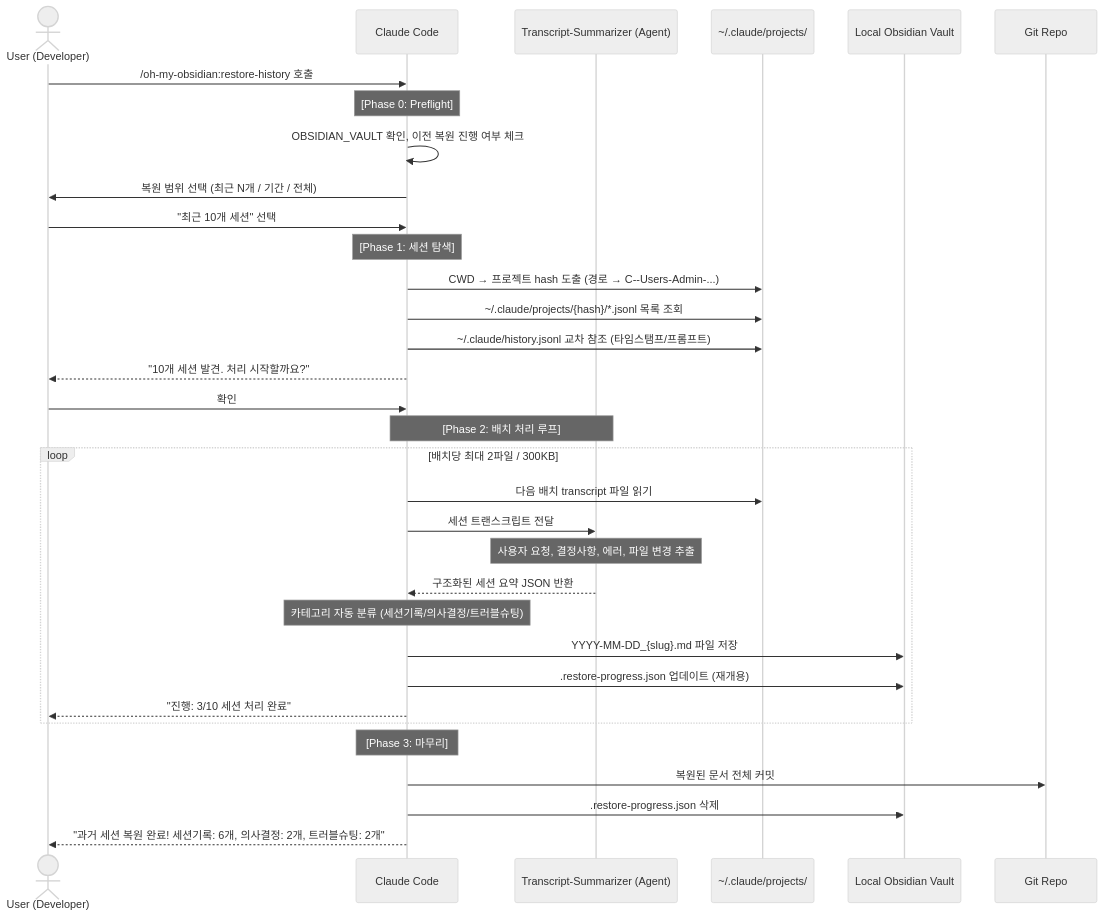
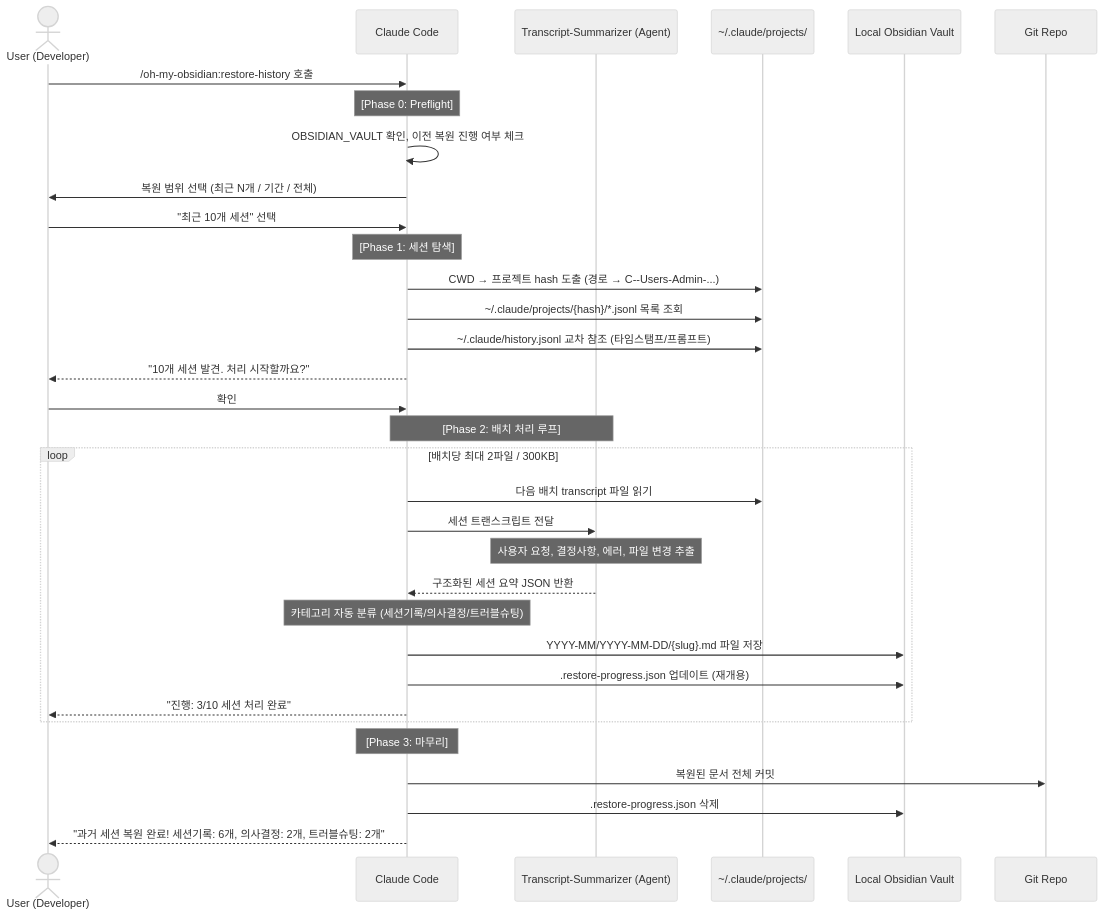
One commit to hongdangmoo49/oh-my-obsidian changed the third of 4 diagrams in WORKFLOW.md. Above: the diagram before and after it, drawn with Mermaid (neutral theme). The commit also changed other lines of this file and 12 other files, not shown here.

````diff
--- a/WORKFLOW.md
+++ b/WORKFLOW.md
@@ -81,40 +81,40 @@
 ```mermaid
 sequenceDiagram
     actor Developer as User (Developer)
     participant Claude as Claude Code
     participant Summarizer as Transcript-Summarizer (Agent)
     participant ClaudeData as ~/.claude/projects/
     participant LocalFS as Local Obsidian Vault
     participant Git as Git Repo
 
     Developer->>Claude: /oh-my-obsidian:restore-history 호출
     note over Claude: [Phase 0: Preflight]
     Claude->>Claude: OBSIDIAN_VAULT 확인, 이전 복원 진행 여부 체크
     Claude->>Developer: 복원 범위 선택 (최근 N개 / 기간 / 전체)
     Developer->>Claude: "최근 10개 세션" 선택
 
     note over Claude: [Phase 1: 세션 탐색]
     Claude->>ClaudeData: CWD → 프로젝트 hash 도출 (경로 → C--Users-Admin-...)
     Claude->>ClaudeData: ~/.claude/projects/{hash}/*.jsonl 목록 조회
     Claude->>ClaudeData: ~/.claude/history.jsonl 교차 참조 (타임스탬프/프롬프트)
     Claude-->>Developer: "10개 세션 발견. 처리 시작할까요?"
     Developer->>Claude: 확인
 
     note over Claude, Summarizer: [Phase 2: 배치 처리 루프]
 
     loop 배치당 최대 2파일 / 300KB
         Claude->>ClaudeData: 다음 배치 transcript 파일 읽기
         Claude->>Summarizer: 세션 트랜스크립트 전달
         note over Summarizer: 사용자 요청, 결정사항, 에러, 파일 변경 추출
         Summarizer-->>Claude: 구조화된 세션 요약 JSON 반환
         note over Claude: 카테고리 자동 분류 (세션기록/의사결정/트러블슈팅)
-        Claude->>LocalFS: YYYY-MM-DD_{slug}.md 파일 저장
+        Claude->>LocalFS: YYYY-MM/YYYY-MM-DD/{slug}.md 파일 저장
         Claude->>LocalFS: .restore-progress.json 업데이트 (재개용)
         Claude-->>Developer: "진행: 3/10 세션 처리 완료"
     end
 
     note over Claude: [Phase 3: 마무리]
     Claude->>Git: 복원된 문서 전체 커밋
     Claude->>LocalFS: .restore-progress.json 삭제
     Claude-->>Developer: "과거 세션 복원 완료! 세션기록: 6개, 의사결정: 2개, 트러블슈팅: 2개"
 ```
````
